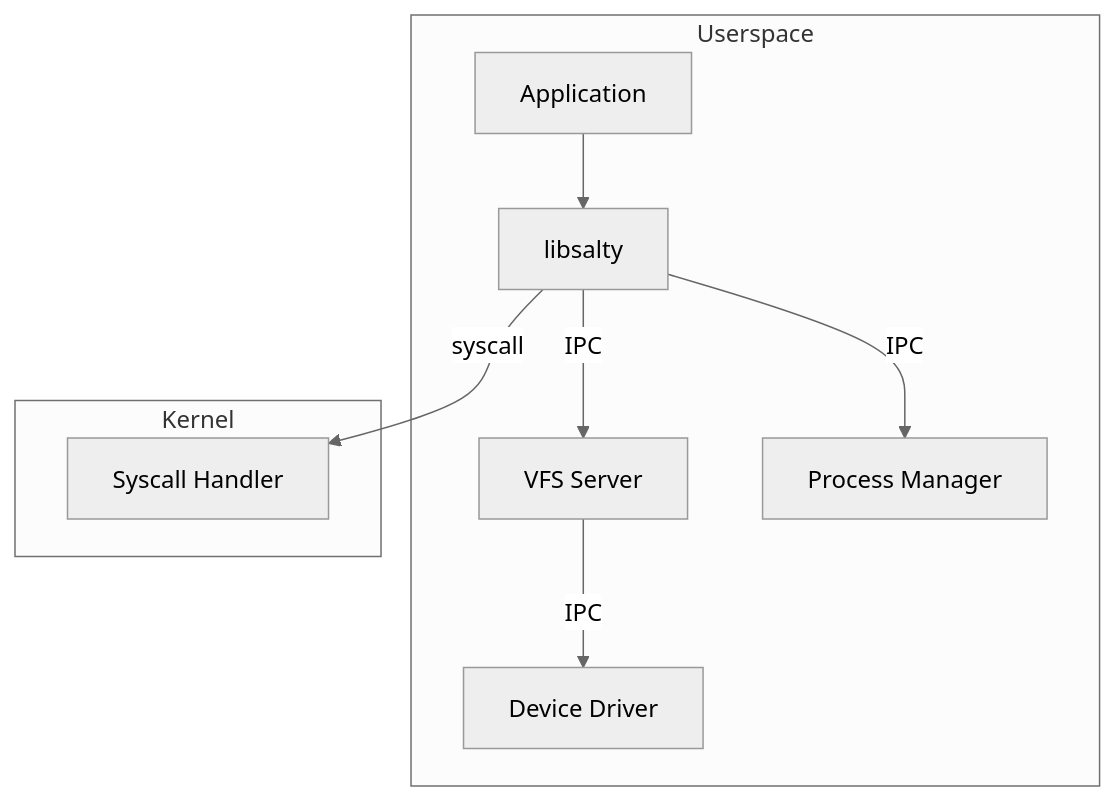
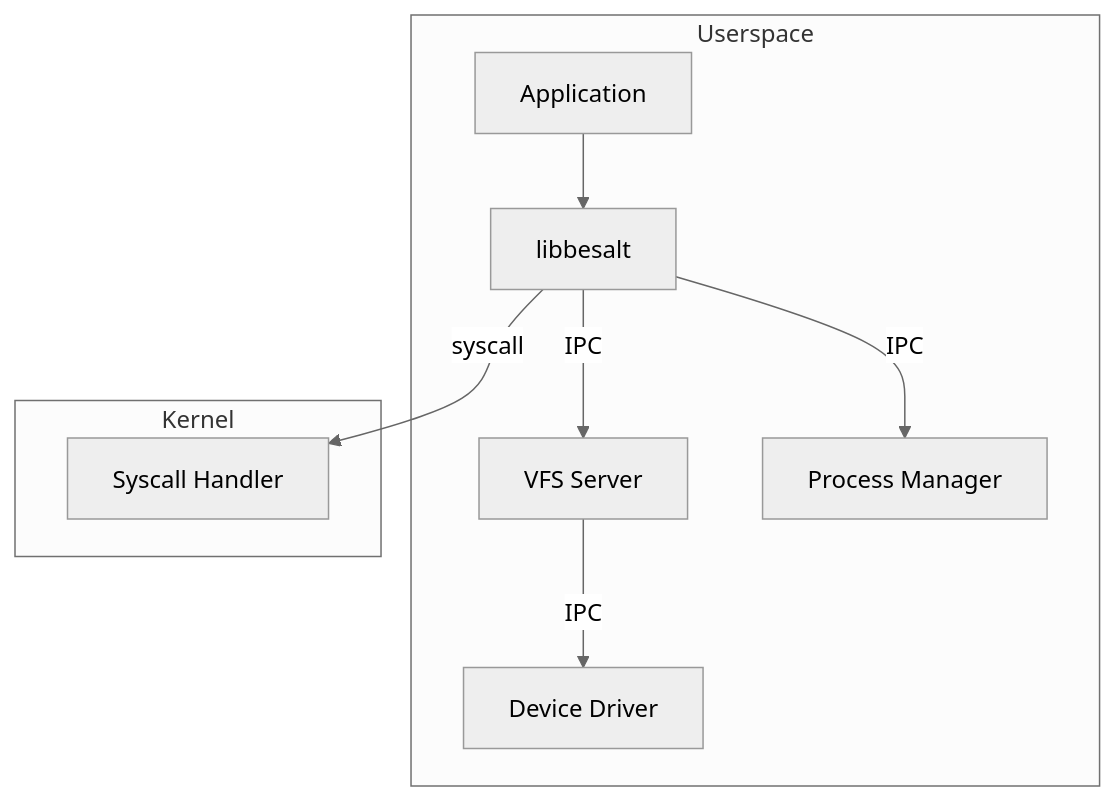
Before and after one commit to SaltyOS/SaltyOS: the sixth of 6 diagrams in docs/ARCHITECTURE.md, drawn with Mermaid (neutral theme). The commit also changed other lines of this file and 288 other files, not shown here.

````diff
--- a/docs/ARCHITECTURE.md
+++ b/docs/ARCHITECTURE.md
@@ -348,21 +348,21 @@
 ```mermaid
 graph TB
     subgraph Userspace
         APP[Application]
-        LIBSALTY[libsalty]
+        LIBSALTY[libbesalt]
         VFS[VFS Server]
         PROCMGR[Process Manager]
         DRIVER[Device Driver]
     end
     
     APP --> LIBSALTY
     LIBSALTY -->|IPC| VFS
     LIBSALTY -->|IPC| PROCMGR
     VFS -->|IPC| DRIVER
     
     subgraph Kernel
         SYSCALL[Syscall Handler]
     end
     
     LIBSALTY -->|syscall| SYSCALL
 ```
````
